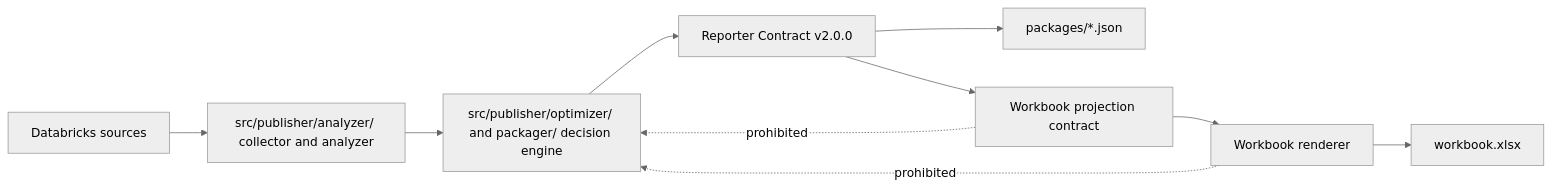
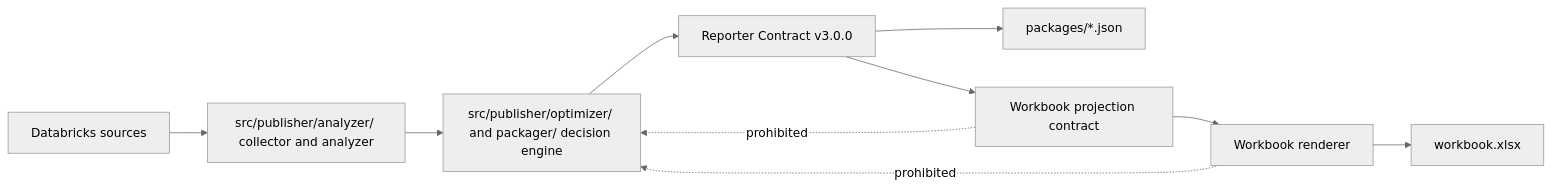
Before and after one commit to thiaga-gk/expert-funicular: the first of 19 diagrams in docs/architecture/lld.md, drawn with Mermaid (neutral theme). The commit also changed other lines of this file and 131 other files, not shown here.

````diff
--- a/docs/architecture/lld.md
+++ b/docs/architecture/lld.md
@@ -108,13 +110,13 @@
 ```mermaid
 flowchart LR
     SRC[Databricks sources] --> ANA[src/publisher/analyzer/ collector and analyzer]
     ANA --> PUB[src/publisher/optimizer/ and packager/ decision engine]
-    PUB --> RC[Reporter Contract v2.0.0]
+    PUB --> RC[Reporter Contract v3.0.0]
     RC --> JSON[packages/*.json]
     RC --> WC[Workbook projection contract]
     WC --> XR[Workbook renderer]
     XR --> XLSX[workbook.xlsx]
 
     WC -. prohibited .-> PUB
     XR -. prohibited .-> PUB
 ```
````
